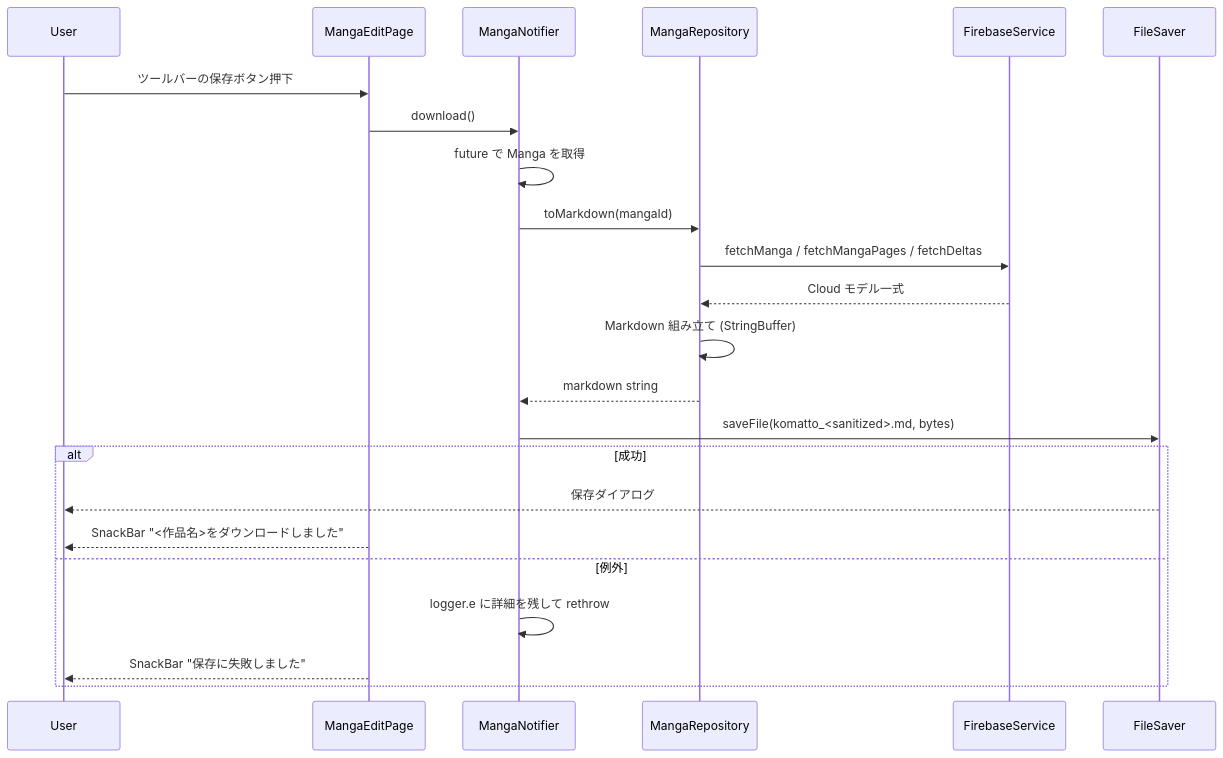
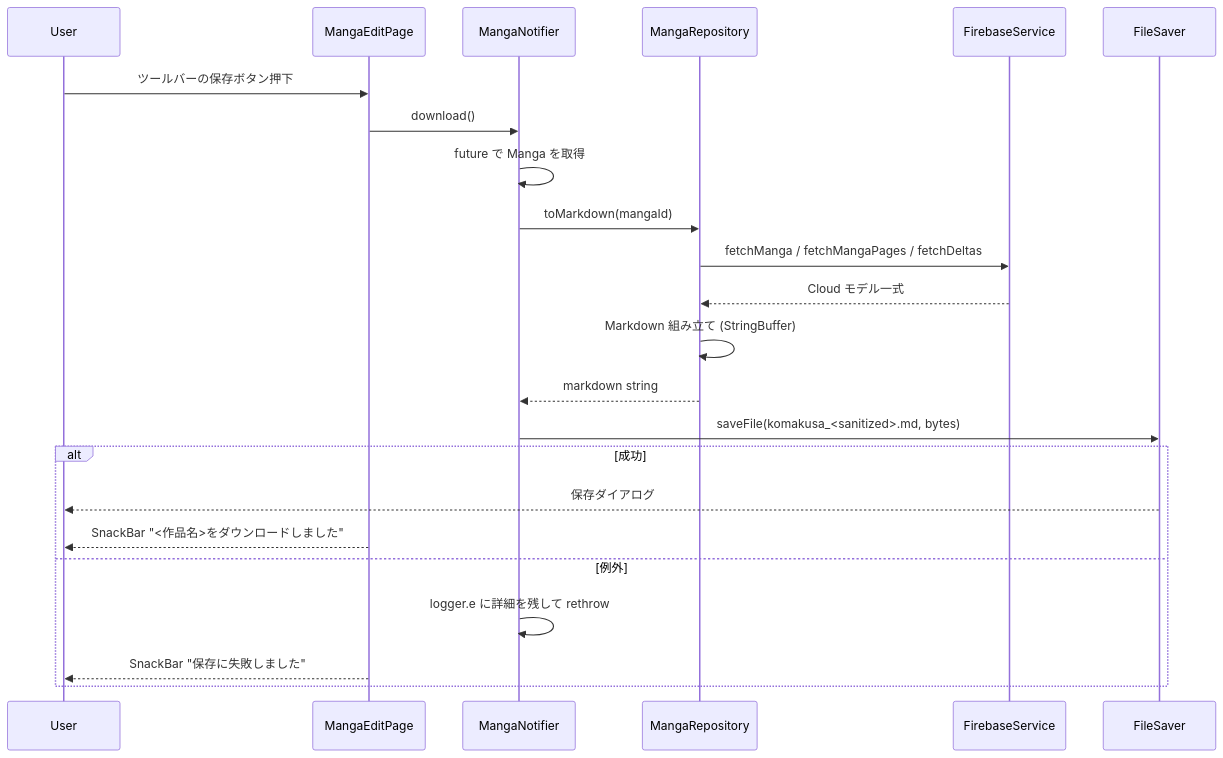
One commit to firstforest/my_manga_editor changed the second of 2 diagrams in docs/spec/features/manga-export/design.md. Above: the diagram before and after it, drawn with Mermaid. The commit also changed 7 other files, not shown here.

````diff
--- a/docs/spec/features/manga-export/design.md
+++ b/docs/spec/features/manga-export/design.md
@@ -81,26 +81,26 @@
 ```mermaid
 sequenceDiagram
   participant U as User
   participant V as MangaEditPage
   participant MN as MangaNotifier
   participant R as MangaRepository
   participant FS as FirebaseService
   participant FSV as FileSaver
 
   U->>V: ツールバーの保存ボタン押下
   V->>MN: download()
   MN->>MN: future で Manga を取得
   MN->>R: toMarkdown(mangaId)
   R->>FS: fetchManga / fetchMangaPages / fetchDeltas
   FS-->>R: Cloud モデル一式
   R->>R: Markdown 組み立て (StringBuffer)
   R-->>MN: markdown string
-  MN->>FSV: saveFile(komatto_<sanitized>.md, bytes)
+  MN->>FSV: saveFile(komakusa_<sanitized>.md, bytes)
   alt 成功
     FSV-->>U: 保存ダイアログ
     V-->>U: SnackBar "<作品名>をダウンロードしました"
   else 例外
     MN->>MN: logger.e に詳細を残して rethrow
     V-->>U: SnackBar "保存に失敗しました"
   end
 ```
````
